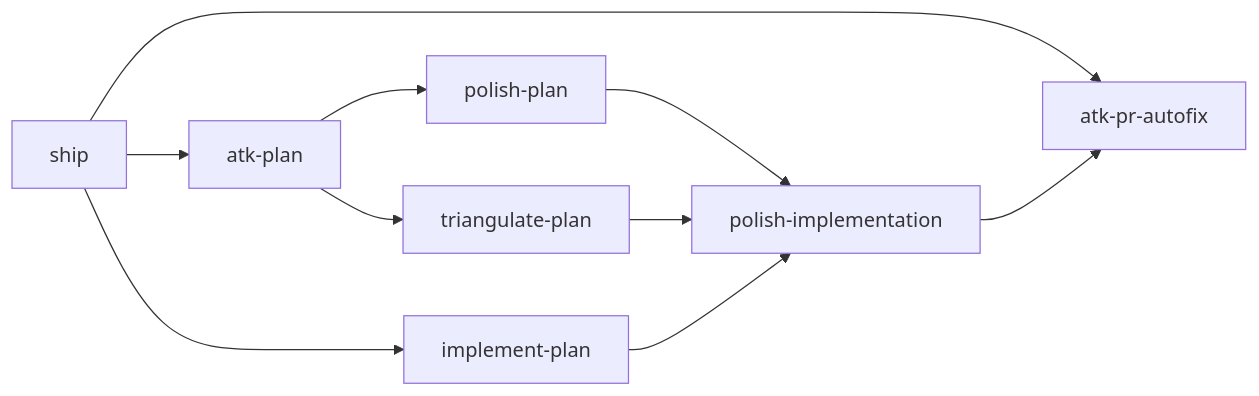
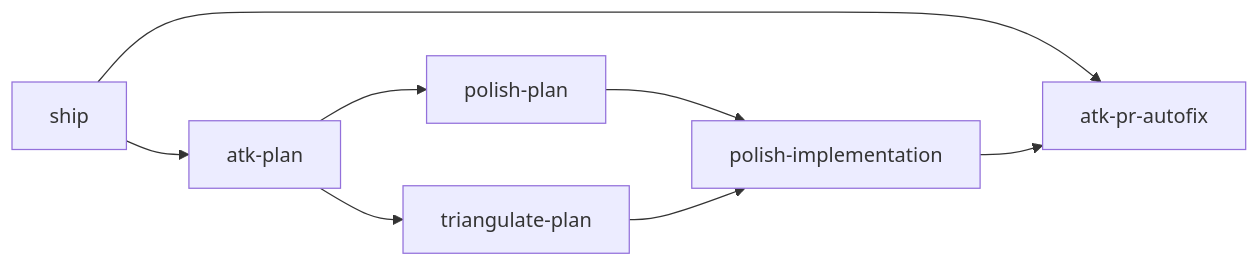
The diagram in docs/skills.md (rstacruz/agentic-toolkit), drawn with Mermaid before and after one commit. The commit also changed other lines of this file and 5 other files, not shown here.

First line of the commit message:
refactor: fold implement-plan into ship as a reference doc

````diff
--- a/docs/skills.md
+++ b/docs/skills.md
@@ -5,12 +5,10 @@
 ```mermaid
 graph LR
   ship["ship"] --> atk_plan["atk-plan"]
-  ship --> implement_plan["implement-plan"]
   ship --> atk_pr_autofix["atk-pr-autofix"]
   atk_plan --> polish_plan["polish-plan"]
   atk_plan --> triangulate_plan["triangulate-plan"]
   polish_plan --> polish_implementation["polish-implementation"]
   triangulate_plan --> polish_implementation
-  implement_plan --> polish_implementation
   polish_implementation --> atk_pr_autofix
 ```
````
